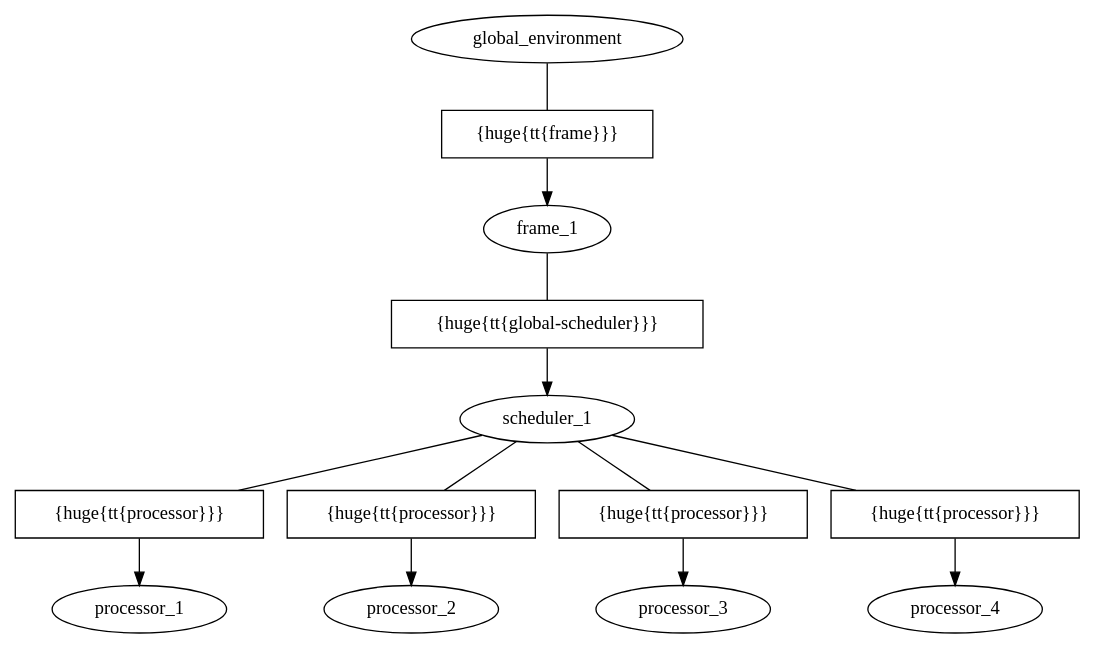
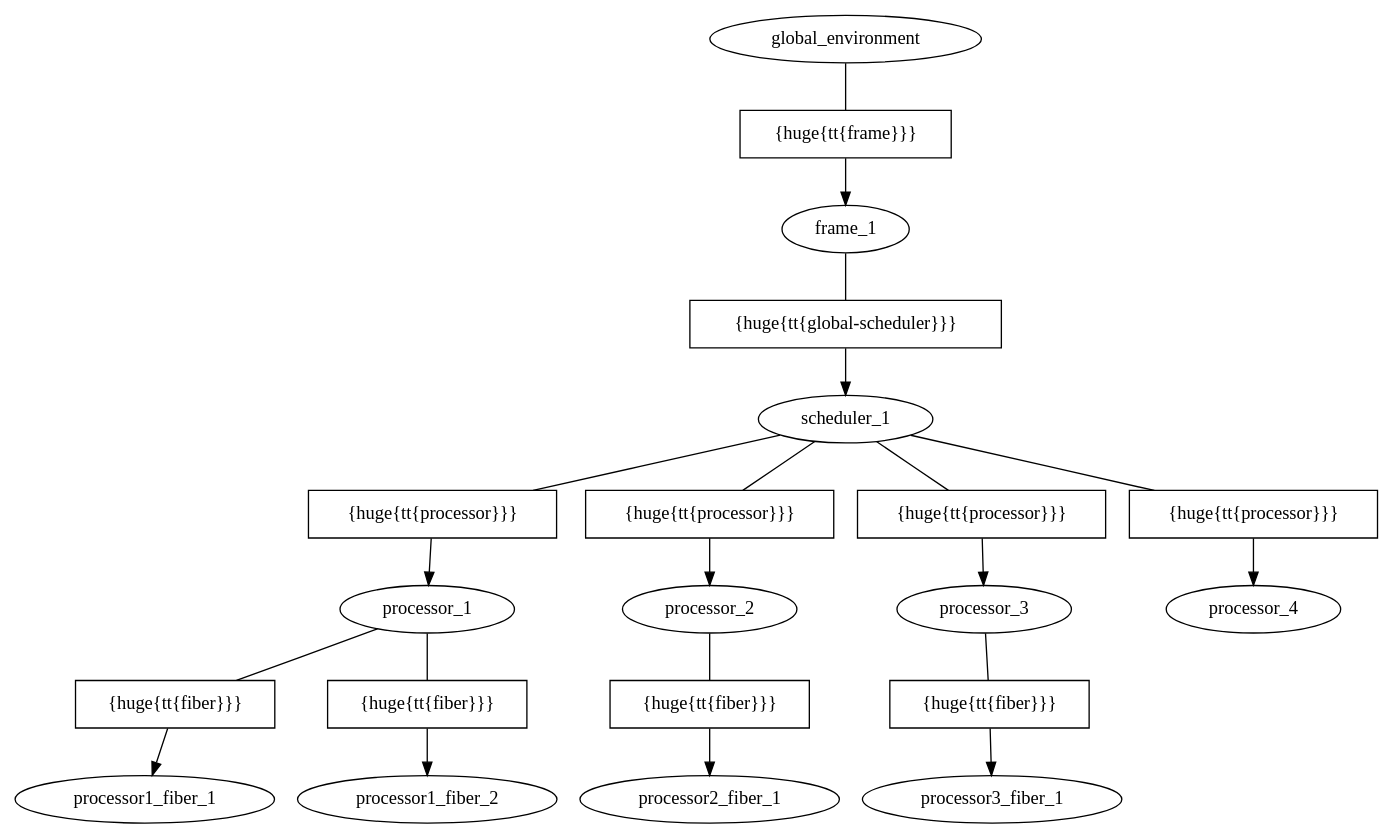
One commit to bunuelo/funk2 changed the diagram in documentation/phdthesis/gfx/example_global_environment.dot. Above: the diagram before and after it, drawn with Graphviz. The commit also changed 8 other files, not shown here.

```diff
--- a/documentation/phdthesis/gfx/example_global_environment.dot
+++ b/documentation/phdthesis/gfx/example_global_environment.dot
@@ -1,41 +1,108 @@
 digraph G {
 
   node [fillcolor = white, color = "#000000", style = filled];
   edge [color = "#000000"];
     
   processor_1 [texlbl = "{\huge{\tt{Processor}}}"];
+
+  processor1_fiber_1 [texlbl = "{\huge{\tt{Fiber}}}"];
+  processor_1_frame_processor1_fiber_1 [shape=box,label="{\huge{\tt{fiber}}}"];
+  processor_1 -> processor_1_frame_processor1_fiber_1 [arrowhead=none];
+  processor_1_frame_processor1_fiber_1 -> processor1_fiber_1 [style="-triangle 45"];
+
+  processor1_fiber_2 [texlbl = "{\huge{\tt{Fiber}}}"];
+  processor_1_frame_processor1_fiber_2 [shape=box,label="{\huge{\tt{fiber}}}"];
+  processor_1 -> processor_1_frame_processor1_fiber_2 [arrowhead=none];
+  processor_1_frame_processor1_fiber_2 -> processor1_fiber_2 [style="-triangle 45"];
+
+  //processor1_fiber_3 [texlbl = "{\huge{\tt{Fiber}}}"];
+  //processor_1_frame_processor1_fiber_3 [shape=box,label="{\huge{\tt{fiber}}}"];
+  //processor_1 -> processor_1_frame_processor1_fiber_3 [arrowhead=none];
+  //processor_1_frame_processor1_fiber_3 -> processor1_fiber_3 [style="-triangle 45"];
+
+
   processor_2 [texlbl = "{\huge{\tt{Processor}}}"];
+
+  processor2_fiber_1 [texlbl = "{\huge{\tt{Fiber}}}"];
+  processor_2_frame_processor2_fiber_1 [shape=box,label="{\huge{\tt{fiber}}}"];
+  processor_2 -> processor_2_frame_processor2_fiber_1 [arrowhead=none];
+  processor_2_frame_processor2_fiber_1 -> processor2_fiber_1 [style="-triangle 45"];
+
+  //processor2_fiber_2 [texlbl = "{\huge{\tt{Fiber}}}"];
+  //processor_2_frame_processor2_fiber_2 [shape=box,label="{\huge{\tt{fiber}}}"];
+  //processor_2 -> processor_2_frame_processor2_fiber_2 [arrowhead=none];
+  //processor_2_frame_processor2_fiber_2 -> processor2_fiber_2 [style="-triangle 45"];
+
+  //processor2_fiber_3 [texlbl = "{\huge{\tt{Fiber}}}"];
+  //processor_2_frame_processor2_fiber_3 [shape=box,label="{\huge{\tt{fiber}}}"];
+  //processor_2 -> processor_2_frame_processor2_fiber_3 [arrowhead=none];
+  //processor_2_frame_processor2_fiber_3 -> processor2_fiber_3 [style="-triangle 45"];
+
+
   processor_3 [texlbl = "{\huge{\tt{Processor}}}"];
+
+  processor3_fiber_1 [texlbl = "{\huge{\tt{Fiber}}}"];
+  processor_3_frame_processor3_fiber_1 [shape=box,label="{\huge{\tt{fiber}}}"];
+  processor_3 -> processor_3_frame_processor3_fiber_1 [arrowhead=none];
+  processor_3_frame_processor3_fiber_1 -> processor3_fiber_1 [style="-triangle 45"];
+
+  //processor3_fiber_2 [texlbl = "{\huge{\tt{Fiber}}}"];
+  //processor_3_frame_processor3_fiber_2 [shape=box,label="{\huge{\tt{fiber}}}"];
+  //processor_3 -> processor_3_frame_processor3_fiber_2 [arrowhead=none];
+  //processor_3_frame_processor3_fiber_2 -> processor3_fiber_2 [style="-triangle 45"];
+
+  //processor3_fiber_3 [texlbl = "{\huge{\tt{Fiber}}}"];
+  //processor_3_frame_processor3_fiber_3 [shape=box,label="{\huge{\tt{fiber}}}"];
+  //processor_3 -> processor_3_frame_processor3_fiber_3 [arrowhead=none];
+  //processor_3_frame_processor3_fiber_3 -> processor3_fiber_3 [style="-triangle 45"];
+
+
   processor_4 [texlbl = "{\huge{\tt{Processor}}}"];
 
+  //processor4_fiber_1 [texlbl = "{\huge{\tt{Fiber}}}"];
+  //processor_4_frame_processor4_fiber_1 [shape=box,label="{\huge{\tt{fiber}}}"];
+  //processor_4 -> processor_4_frame_processor4_fiber_1 [arrowhead=none];
+  //processor_4_frame_processor4_fiber_1 -> processor4_fiber_1 [style="-triangle 45"];
+
+  //processor4_fiber_2 [texlbl = "{\huge{\tt{Fiber}}}"];
+  //processor_4_frame_processor4_fiber_2 [shape=box,label="{\huge{\tt{fiber}}}"];
+  //processor_4 -> processor_4_frame_processor4_fiber_2 [arrowhead=none];
+  //processor_4_frame_processor4_fiber_2 -> processor4_fiber_2 [style="-triangle 45"];
+
+  //processor4_fiber_3 [texlbl = "{\huge{\tt{Fiber}}}"];
+  //processor_4_frame_processor4_fiber_3 [shape=box,label="{\huge{\tt{fiber}}}"];
+  //processor_4 -> processor_4_frame_processor4_fiber_3 [arrowhead=none];
+  //processor_4_frame_processor4_fiber_3 -> processor4_fiber_3 [style="-triangle 45"];
+
+
   scheduler_1 [texlbl = "{\huge{\tt{Scheduler}}}"];
-
+  
   scheduler_1_frame_processor_1 [shape=box,label="{\huge{\tt{processor}}}"];
   scheduler_1 -> scheduler_1_frame_processor_1 [arrowhead=none];
   scheduler_1_frame_processor_1 -> processor_1 [style="-triangle 45"];
-
+  
   scheduler_1_frame_processor_2 [shape=box,label="{\huge{\tt{processor}}}"];
   scheduler_1 -> scheduler_1_frame_processor_2 [arrowhead=none];
   scheduler_1_frame_processor_2 -> processor_2 [style="-triangle 45"];
-
+  
   scheduler_1_frame_processor_3 [shape=box,label="{\huge{\tt{processor}}}"];
   scheduler_1 -> scheduler_1_frame_processor_3 [arrowhead=none];
   scheduler_1_frame_processor_3 -> processor_3 [style="-triangle 45"];
-
+  
   scheduler_1_frame_processor_4 [shape=box,label="{\huge{\tt{processor}}}"];
   scheduler_1 -> scheduler_1_frame_processor_4 [arrowhead=none];
   scheduler_1_frame_processor_4 -> processor_4 [style="-triangle 45"];
-
+  
   frame_1 [texlbl = "{\huge{\tt{Frame}}}"];
 
   frame_1_frame_scheduler_1 [shape=box,label="{\huge{\tt{global-scheduler}}}"];
   frame_1 -> frame_1_frame_scheduler_1 [arrowhead=none];
   frame_1_frame_scheduler_1 -> scheduler_1 [style="-triangle 45"];
     
   global_environment [texlbl = "{\huge{\tt{Global-Environment}}}"];
   
   global_environment_frame_frame_1 [shape=box,label="{\huge{\tt{frame}}}"];
   global_environment -> global_environment_frame_frame_1 [arrowhead=none];
   global_environment_frame_frame_1 -> frame_1 [style="-triangle 45"];
   
 }
```
